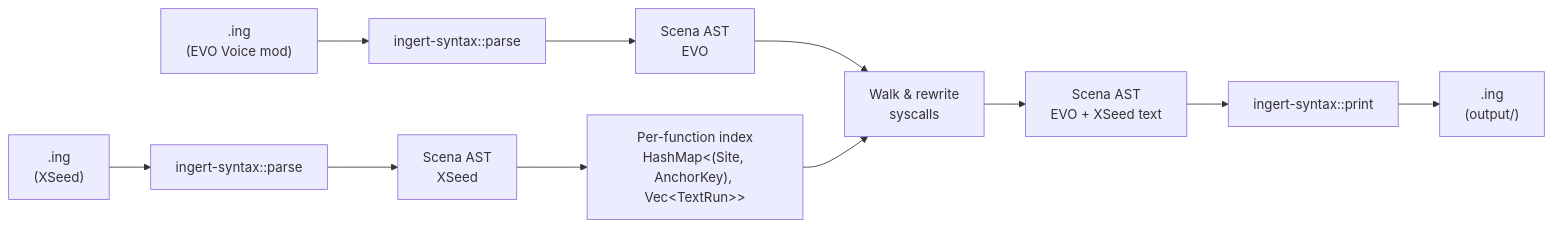
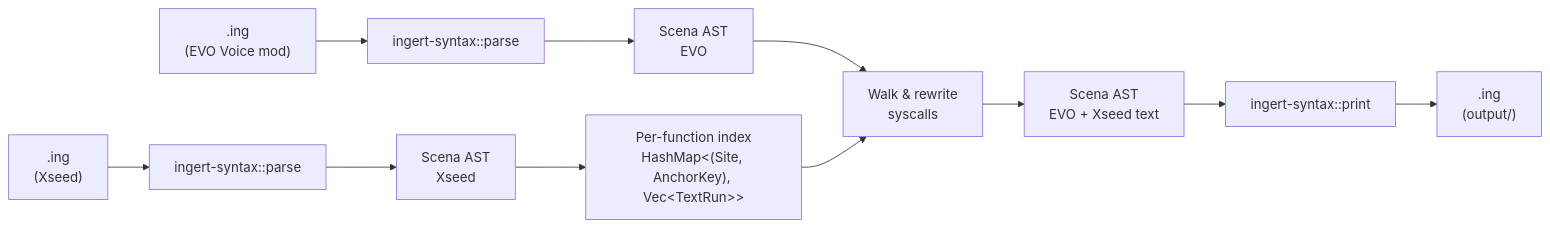
One commit to kvnxiao/sora-remake-merge changed the first of 5 diagrams in docs/ARCHITECTURE.md. Above: the diagram before and after it, drawn with Mermaid. The commit also changed other lines of this file and 12 other files, not shown here.

````diff
--- a/docs/ARCHITECTURE.md
+++ b/docs/ARCHITECTURE.md
@@ -60,13 +60,13 @@
 ```mermaid
 flowchart LR
     EVO[".ing<br/>(EVO Voice mod)"] --> P1[ingert-syntax::parse]
-    XS[".ing<br/>(XSeed)"] --> P2[ingert-syntax::parse]
+    XS[".ing<br/>(Xseed)"] --> P2[ingert-syntax::parse]
     P1 --> EAST[Scena AST<br/>EVO]
-    P2 --> XAST[Scena AST<br/>XSeed]
+    P2 --> XAST[Scena AST<br/>Xseed]
     XAST --> IDX["Per-function index<br/>HashMap&lt;(Site, AnchorKey), Vec&lt;TextRun&gt;&gt;"]
     EAST --> W[Walk &amp; rewrite<br/>syscalls]
     IDX --> W
-    W --> EAST2[Scena AST<br/>EVO + XSeed text]
+    W --> EAST2[Scena AST<br/>EVO + Xseed text]
     EAST2 --> PR[ingert-syntax::print]
     PR --> OUT[".ing<br/>(output/)"]
 ```
````
